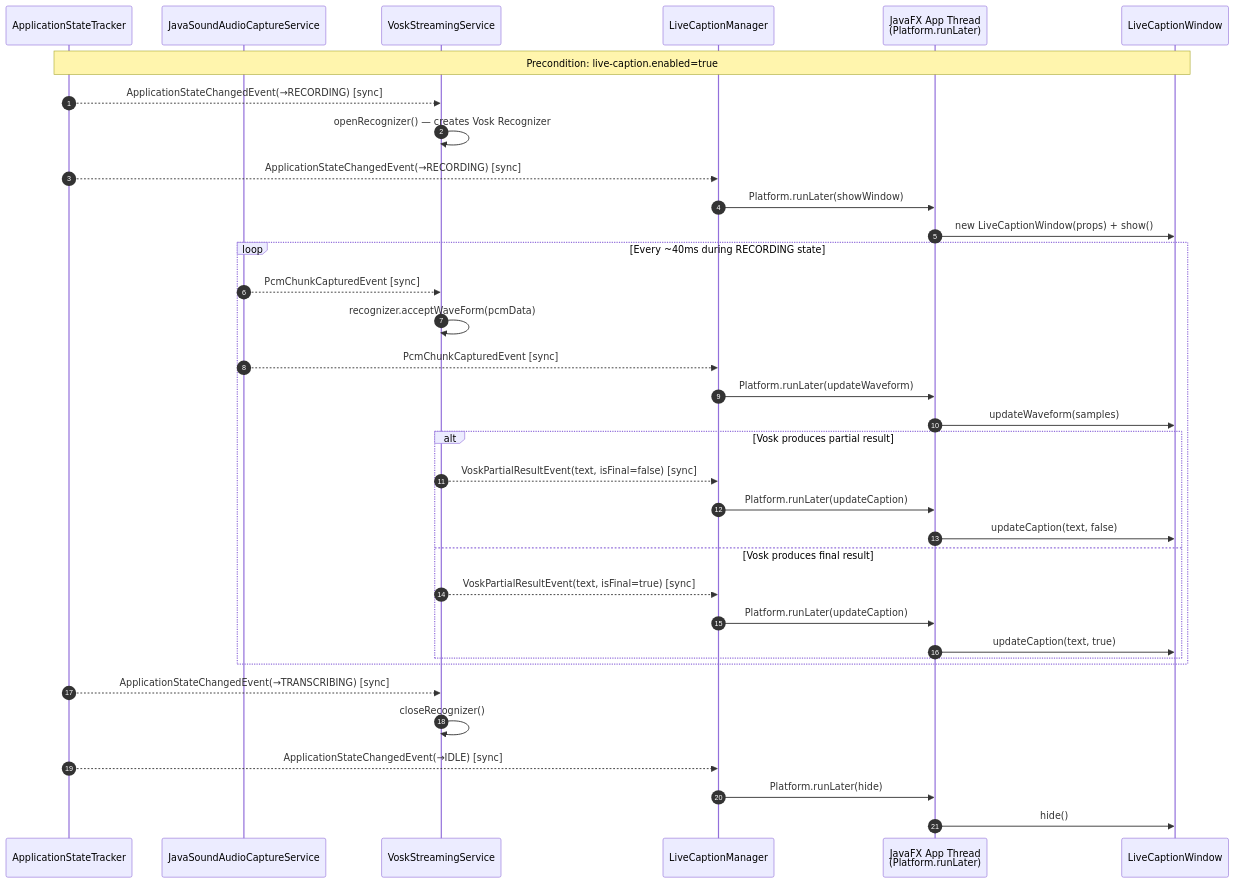
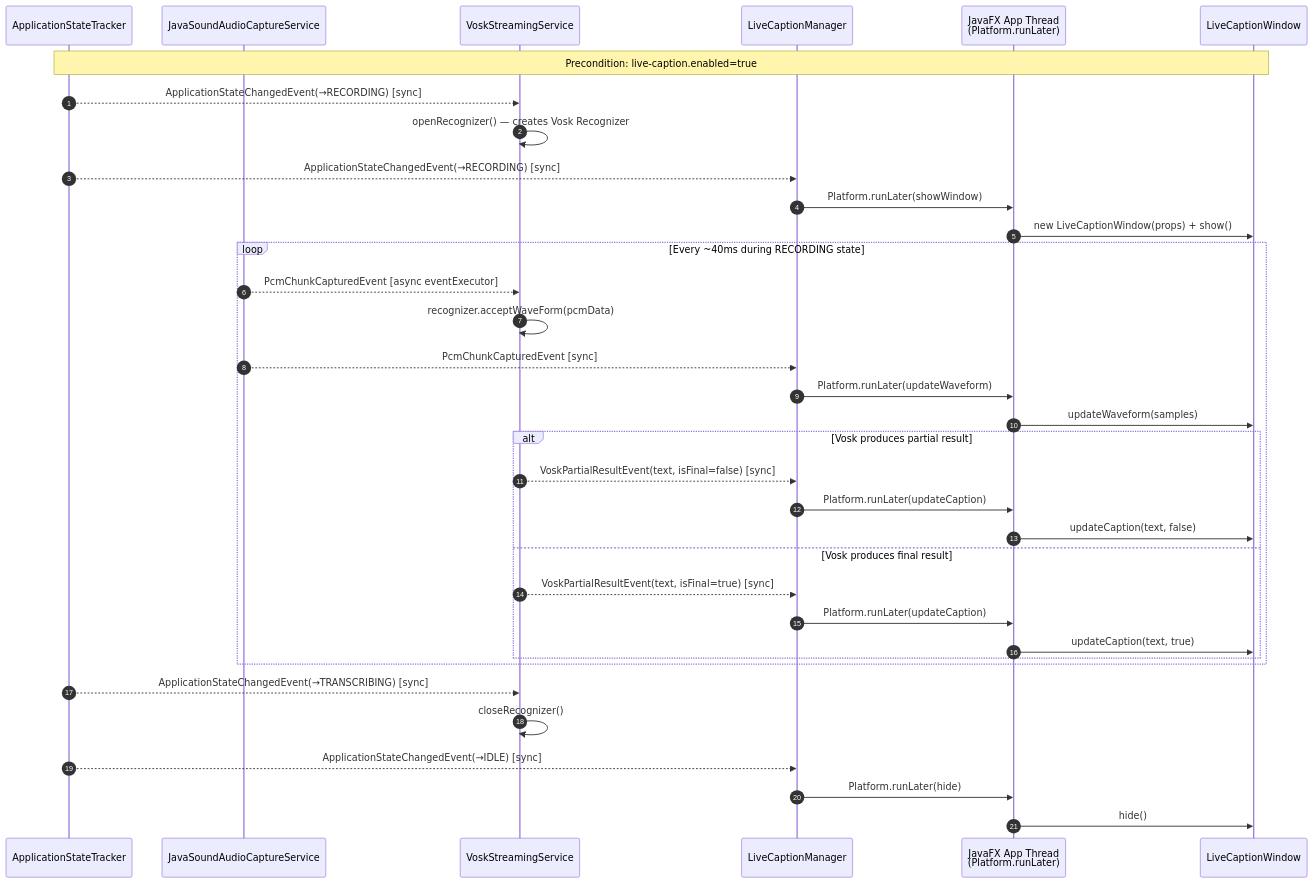
Before and after one commit to phillippitts/blckvox: the fourth of 4 diagrams in docs/diagrams/event-flow-map.md, drawn with Mermaid. The commit also changed other lines of this file and 18 other files, not shown here.

````diff
--- a/docs/diagrams/event-flow-map.md
+++ b/docs/diagrams/event-flow-map.md
@@ -343,45 +347,45 @@
 ```mermaid
 sequenceDiagram
     autonumber
     participant AST as ApplicationStateTracker
     participant JSACS as JavaSoundAudioCaptureService
     participant VSS as VoskStreamingService
     participant LCM as LiveCaptionManager
     participant FX as JavaFX App Thread<br/>(Platform.runLater)
     participant LCW as LiveCaptionWindow
 
     Note over AST,LCW: Precondition: live-caption.enabled=true
 
     AST -->> VSS: ApplicationStateChangedEvent(→RECORDING) [sync]
     VSS ->> VSS: openRecognizer() — creates Vosk Recognizer
 
     AST -->> LCM: ApplicationStateChangedEvent(→RECORDING) [sync]
     LCM ->> FX: Platform.runLater(showWindow)
     FX ->> LCW: new LiveCaptionWindow(props) + show()
 
     loop Every ~40ms during RECORDING state
-        JSACS -->> VSS: PcmChunkCapturedEvent [sync]
+        JSACS -->> VSS: PcmChunkCapturedEvent [async eventExecutor]
         VSS ->> VSS: recognizer.acceptWaveForm(pcmData)
 
         JSACS -->> LCM: PcmChunkCapturedEvent [sync]
         LCM ->> FX: Platform.runLater(updateWaveform)
         FX ->> LCW: updateWaveform(samples)
 
         alt Vosk produces partial result
             VSS -->> LCM: VoskPartialResultEvent(text, isFinal=false) [sync]
             LCM ->> FX: Platform.runLater(updateCaption)
             FX ->> LCW: updateCaption(text, false)
         else Vosk produces final result
             VSS -->> LCM: VoskPartialResultEvent(text, isFinal=true) [sync]
             LCM ->> FX: Platform.runLater(updateCaption)
             FX ->> LCW: updateCaption(text, true)
         end
     end
 
     AST -->> VSS: ApplicationStateChangedEvent(→TRANSCRIBING) [sync]
     VSS ->> VSS: closeRecognizer()
 
     AST -->> LCM: ApplicationStateChangedEvent(→IDLE) [sync]
     LCM ->> FX: Platform.runLater(hide)
     FX ->> LCW: hide()
 ```
````
